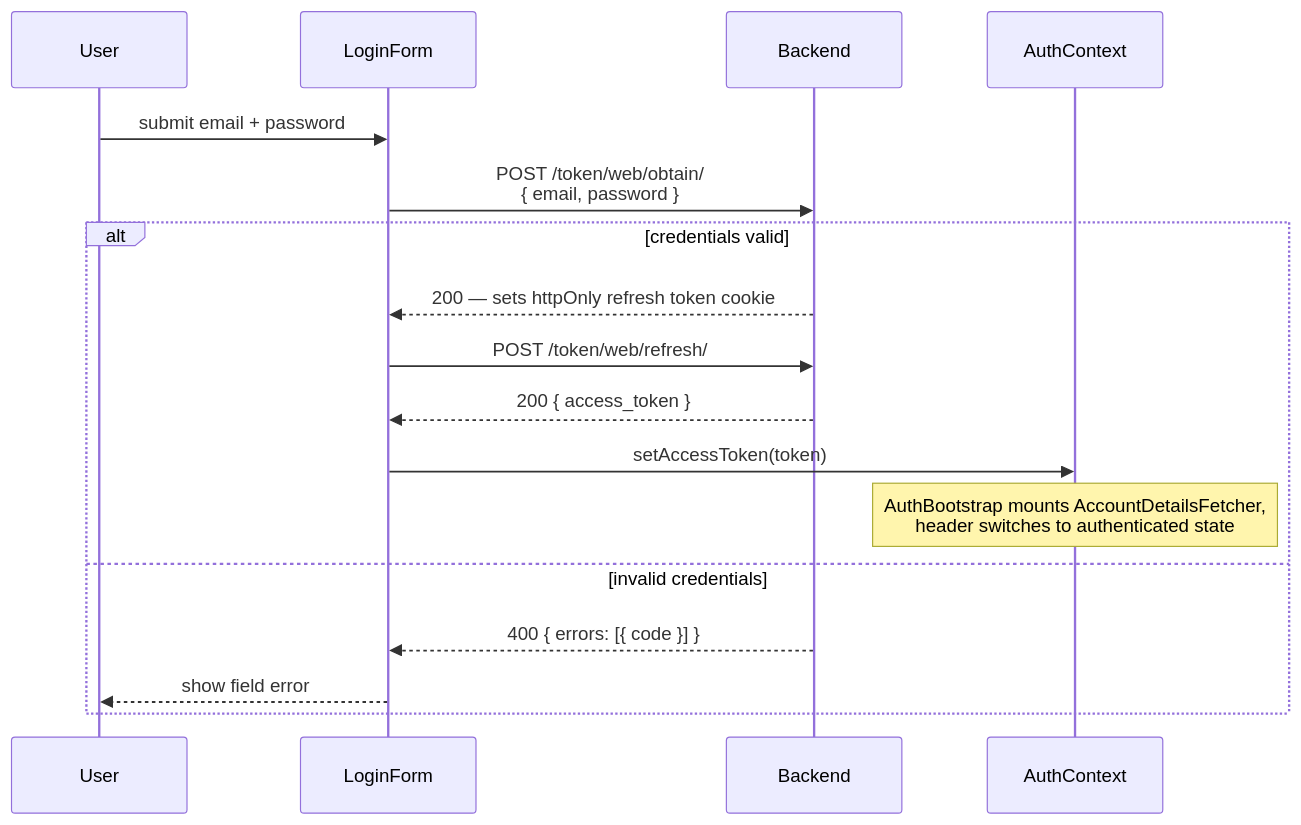
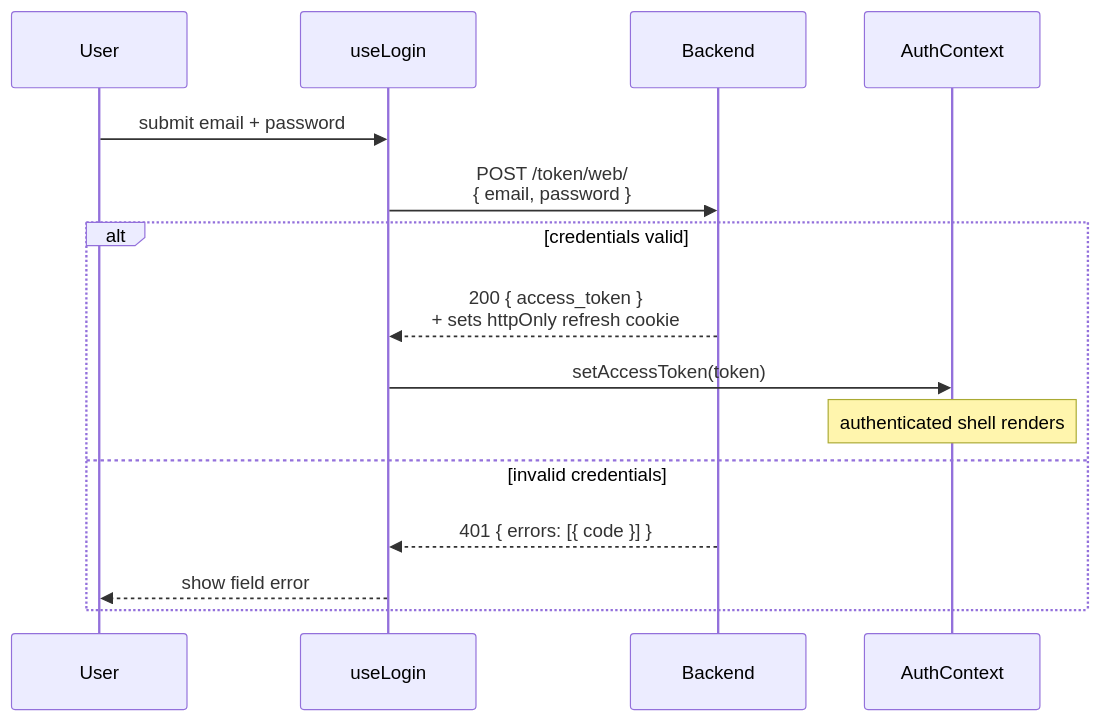
The second of 5 diagrams in web/doc/authentication.md (floels/pinit), drawn with Mermaid before and after one commit. The commit also changed other lines of this file and 5 other files, not shown here.

First line of the commit message:
docs(auth): split auth docs per stack (backend/web/mobile)

````diff
--- a/web/doc/authentication.md
+++ b/web/doc/authentication.md
@@ -73,21 +80,18 @@
 ```mermaid
 sequenceDiagram
     participant User
-    participant LoginForm
+    participant useLogin
     participant Backend
     participant AuthContext
 
-    User->>LoginForm: submit email + password
-    LoginForm->>Backend: POST /token/web/obtain/<br/>{ email, password }
-
+    User->>useLogin: submit email + password
+    useLogin->>Backend: POST /token/web/<br/>{ email, password }
     alt credentials valid
-        Backend-->>LoginForm: 200 — sets httpOnly refresh token cookie
-        LoginForm->>Backend: POST /token/web/refresh/
-        Backend-->>LoginForm: 200 { access_token }
-        LoginForm->>AuthContext: setAccessToken(token)
-        note over AuthContext: AuthBootstrap mounts AccountDetailsFetcher,<br/>header switches to authenticated state
+        Backend-->>useLogin: 200 { access_token }<br/>+ sets httpOnly refresh cookie
+        useLogin->>AuthContext: setAccessToken(token)
+        note over AuthContext: authenticated shell renders
     else invalid credentials
-        Backend-->>LoginForm: 400 { errors: [{ code }] }
-        LoginForm-->>User: show field error
+        Backend-->>useLogin: 401 { errors: [{ code }] }
+        useLogin-->>User: show field error
     end
 ```
````
